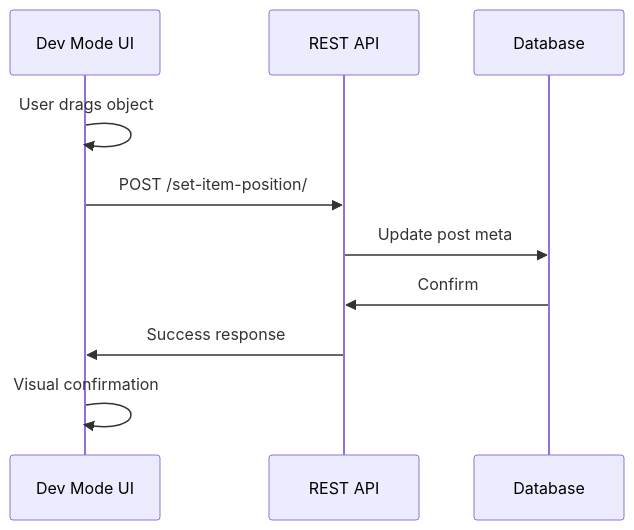
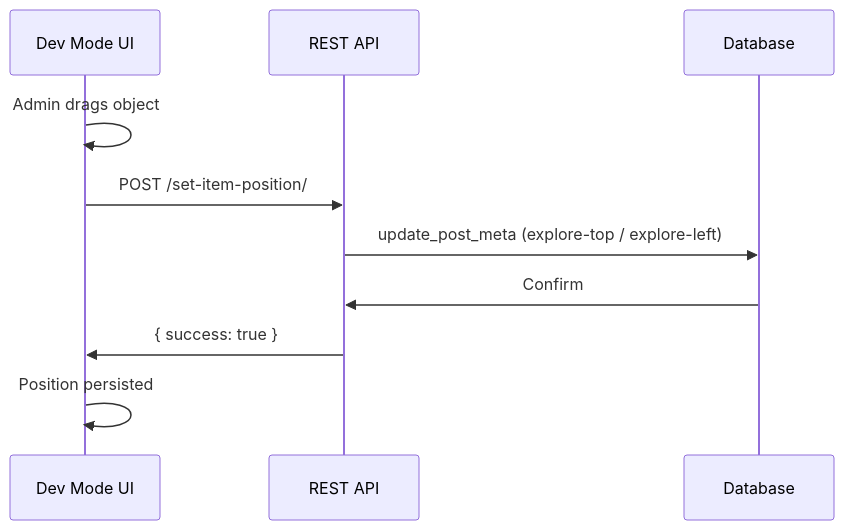
The first of 2 diagrams in docs/api/devmode-endpoints.md (storebloom/orbem-studio), drawn with Mermaid before and after one commit. The commit also changed other lines of this file and 19 other files, not shown here.

````diff
--- a/docs/api/devmode-endpoints.md
+++ b/docs/api/devmode-endpoints.md
@@ -230,13 +159,13 @@
 ```mermaid
 sequenceDiagram
     participant UI as Dev Mode UI
     participant API as REST API
     participant DB as Database
-    
-    UI->>UI: User drags object
+
+    UI->>UI: Admin drags object
     UI->>API: POST /set-item-position/
-    API->>DB: Update post meta
+    API->>DB: update_post_meta (explore-top / explore-left)
     DB->>API: Confirm
-    API->>UI: Success response
-    UI->>UI: Visual confirmation
+    API->>UI: { success: true }
+    UI->>UI: Position persisted
 ```
````
